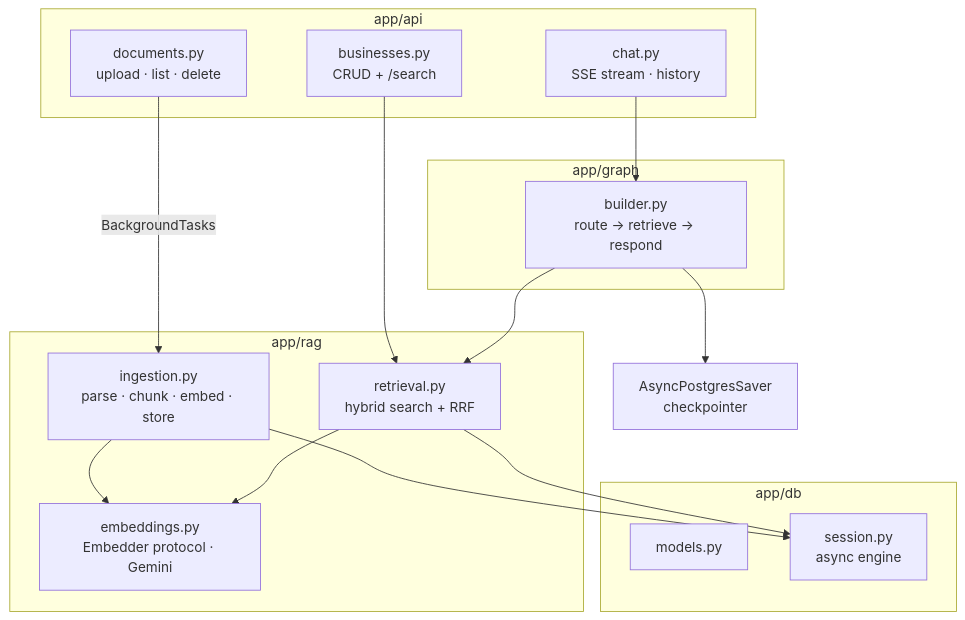
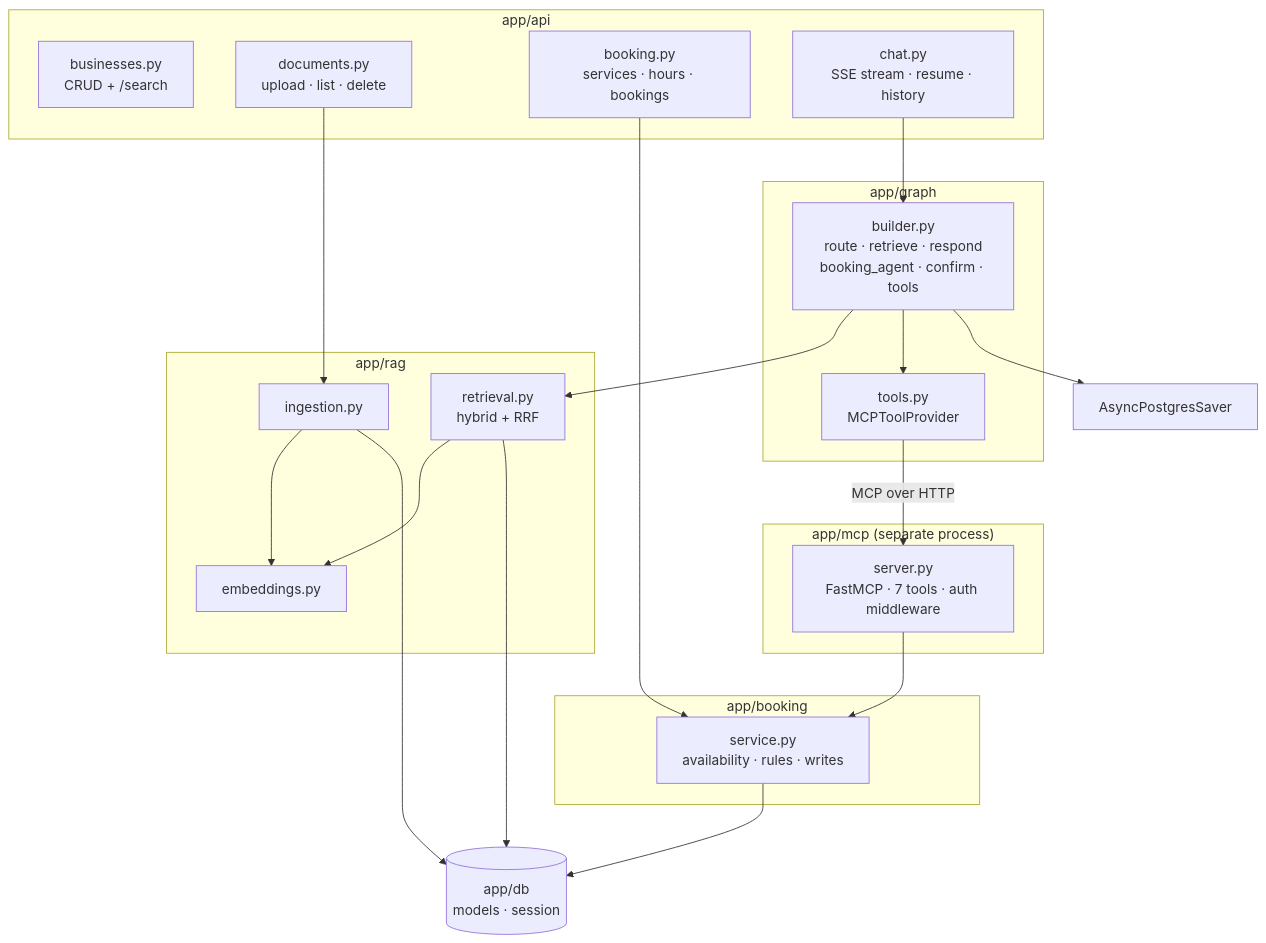
One commit to yash6388/voxdesk changed the third of 8 diagrams in docs/ARCHITECTURE.md. Above: the diagram before and after it, drawn with Mermaid. The commit also changed other lines of this file and 50 other files, not shown here.

Commit message:
feat: MCP booking server, booking agent with human-in-the-loop

````diff
--- a/docs/ARCHITECTURE.md
+++ b/docs/ARCHITECTURE.md
@@ -101,31 +110,40 @@
 ```mermaid
 flowchart TB
     subgraph api["app/api"]
         bus["businesses.py<br/>CRUD + /search"]
         docs["documents.py<br/>upload · list · delete"]
-        chat["chat.py<br/>SSE stream · history"]
+        bk["booking.py<br/>services · hours · bookings"]
+        chat["chat.py<br/>SSE stream · resume · history"]
+    end
+    subgraph graph["app/graph"]
+        builder["builder.py<br/>route · retrieve · respond<br/>booking_agent · confirm · tools"]
+        tools["tools.py<br/>MCPToolProvider"]
+    end
+    subgraph mcp["app/mcp (separate process)"]
+        server["server.py<br/>FastMCP · 7 tools · auth middleware"]
+    end
+    subgraph domain["app/booking"]
+        svc["service.py<br/>availability · rules · writes"]
     end
     subgraph rag["app/rag"]
-        ing["ingestion.py<br/>parse · chunk · embed · store"]
-        ret["retrieval.py<br/>hybrid search + RRF"]
-        emb["embeddings.py<br/>Embedder protocol · Gemini"]
+        ing["ingestion.py"]
+        ret["retrieval.py<br/>hybrid + RRF"]
+        emb["embeddings.py"]
     end
-    subgraph graph["app/graph"]
-        builder["builder.py<br/>route → retrieve → respond"]
-    end
-    subgraph db["app/db"]
-        models["models.py"]
-        session["session.py<br/>async engine"]
-    end
-    ckpt["AsyncPostgresSaver<br/>checkpointer"]
+    db[("app/db<br/>models · session")]
+    ckpt["AsyncPostgresSaver"]
 
-    docs -- "BackgroundTasks" --> ing
-    bus --> ret
     chat --> builder
     builder --> ret
+    builder --> tools
+    tools -- "MCP over HTTP" --> server
+    server --> svc
+    bk --> svc
     builder --> ckpt
+    docs --> ing
     ing --> emb
     ret --> emb
-    ing --> session
-    ret --> session
+    svc --> db
+    ing --> db
+    ret --> db
 ```
````
